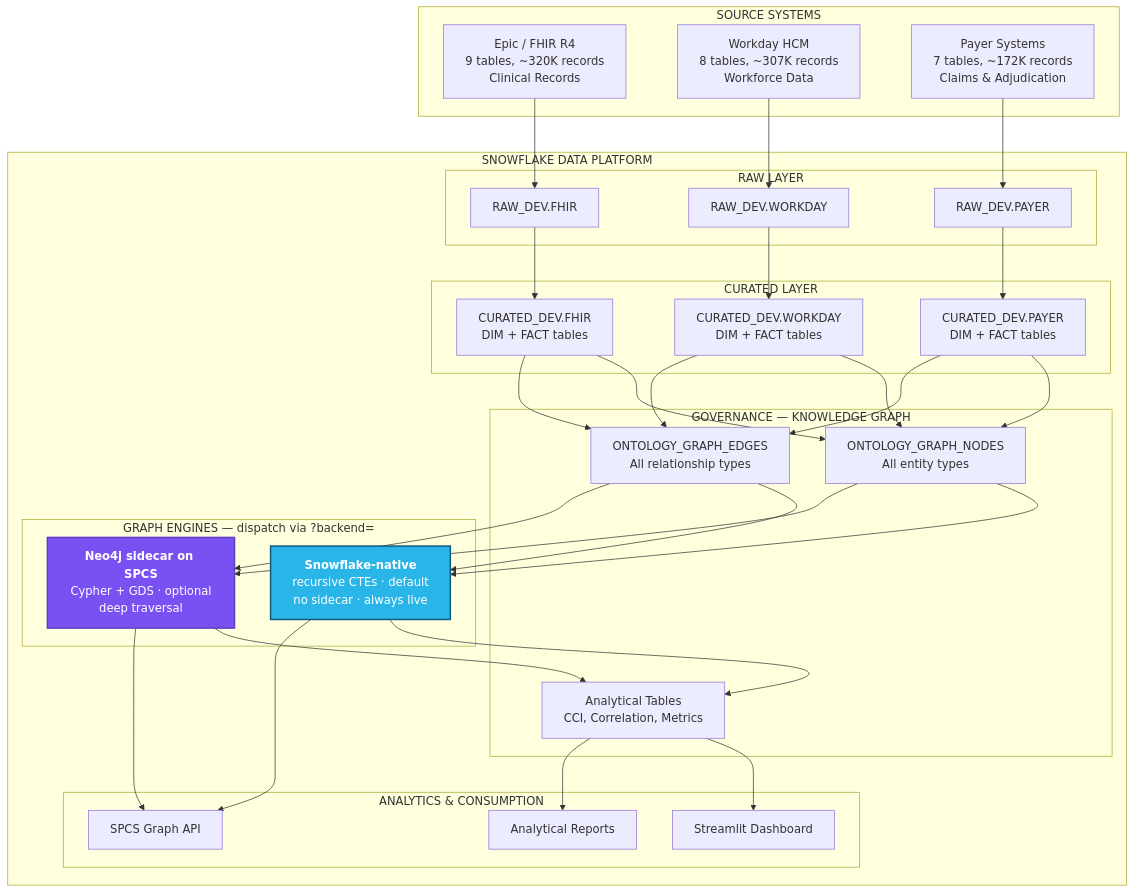
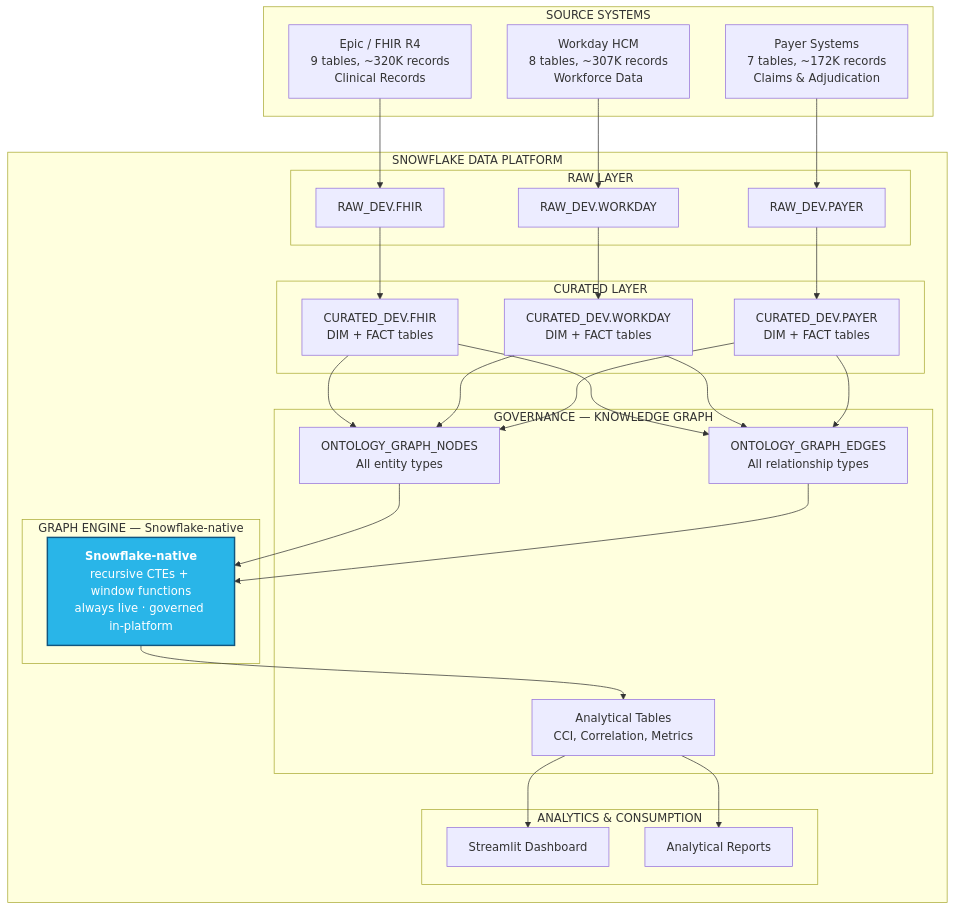
One commit to sfc-gh-smitchener-1/snowflake-dca-fullstack-demo changed the first of 3 diagrams in industry-demos/hcls/ONTOLOGY_MAP.md. Above: the diagram before and after it, drawn with Mermaid. The commit also changed 149 other files, not shown here.

````diff
--- a/industry-demos/hcls/ONTOLOGY_MAP.md
+++ b/industry-demos/hcls/ONTOLOGY_MAP.md
@@ -7,64 +7,55 @@
 ```mermaid
 flowchart TB
     subgraph SOURCES["SOURCE SYSTEMS"]
         EPIC["Epic / FHIR R4\n9 tables, ~320K records\nClinical Records"]
         WORKDAY["Workday HCM\n8 tables, ~307K records\nWorkforce Data"]
         PAYER["Payer Systems\n7 tables, ~172K records\nClaims & Adjudication"]
     end
 
     subgraph SNOWFLAKE["SNOWFLAKE DATA PLATFORM"]
         subgraph RAW["RAW LAYER"]
             R1["RAW_DEV.FHIR"]
             R2["RAW_DEV.WORKDAY"]
             R3["RAW_DEV.PAYER"]
         end
 
         subgraph CURATED["CURATED LAYER"]
             C1["CURATED_DEV.FHIR\nDIM + FACT tables"]
             C2["CURATED_DEV.WORKDAY\nDIM + FACT tables"]
             C3["CURATED_DEV.PAYER\nDIM + FACT tables"]
         end
 
         subgraph GOVERNANCE["GOVERNANCE — KNOWLEDGE GRAPH"]
             NODES["ONTOLOGY_GRAPH_NODES<br/>All entity types"]
             EDGES["ONTOLOGY_GRAPH_EDGES<br/>All relationship types"]
             ANALYTICS["Analytical Tables<br/>CCI, Correlation, Metrics"]
         end
 
-        subgraph ENGINES["GRAPH ENGINES — dispatch via ?backend="]
-            SF_ENG["<b>Snowflake-native</b><br/>recursive CTEs · default<br/>no sidecar · always live"]
-            NEO_ENG["<b>Neo4j sidecar on SPCS</b><br/>Cypher + GDS · optional<br/>deep traversal"]
+        subgraph ENGINES["GRAPH ENGINE — Snowflake-native"]
+            SF_ENG["<b>Snowflake-native</b><br/>recursive CTEs + window functions<br/>always live · governed in-platform"]
         end
 
         subgraph CONSUMPTION["ANALYTICS & CONSUMPTION"]
             STREAMLIT["Streamlit Dashboard"]
-            SPCS["SPCS Graph API"]
             REPORTS["Analytical Reports"]
         end
     end
 
     EPIC --> R1 --> C1
     WORKDAY --> R2 --> C2
     PAYER --> R3 --> C3
     C1 --> NODES
     C2 --> NODES
     C3 --> NODES
     C1 --> EDGES
     C2 --> EDGES
     C3 --> EDGES
     NODES --> SF_ENG
     EDGES --> SF_ENG
-    NODES --> NEO_ENG
-    EDGES --> NEO_ENG
     SF_ENG --> ANALYTICS
-    NEO_ENG --> ANALYTICS
-    SF_ENG --> SPCS
-    NEO_ENG --> SPCS
     ANALYTICS --> STREAMLIT
     ANALYTICS --> REPORTS
 
     classDef snowflake fill:#29B5E8,stroke:#11567F,color:#fff,stroke-width:2px
-    classDef graphdb fill:#7950F2,stroke:#5F3DC4,color:#fff,stroke-width:2px
     class SF_ENG snowflake
-    class NEO_ENG graphdb
 ```
````
